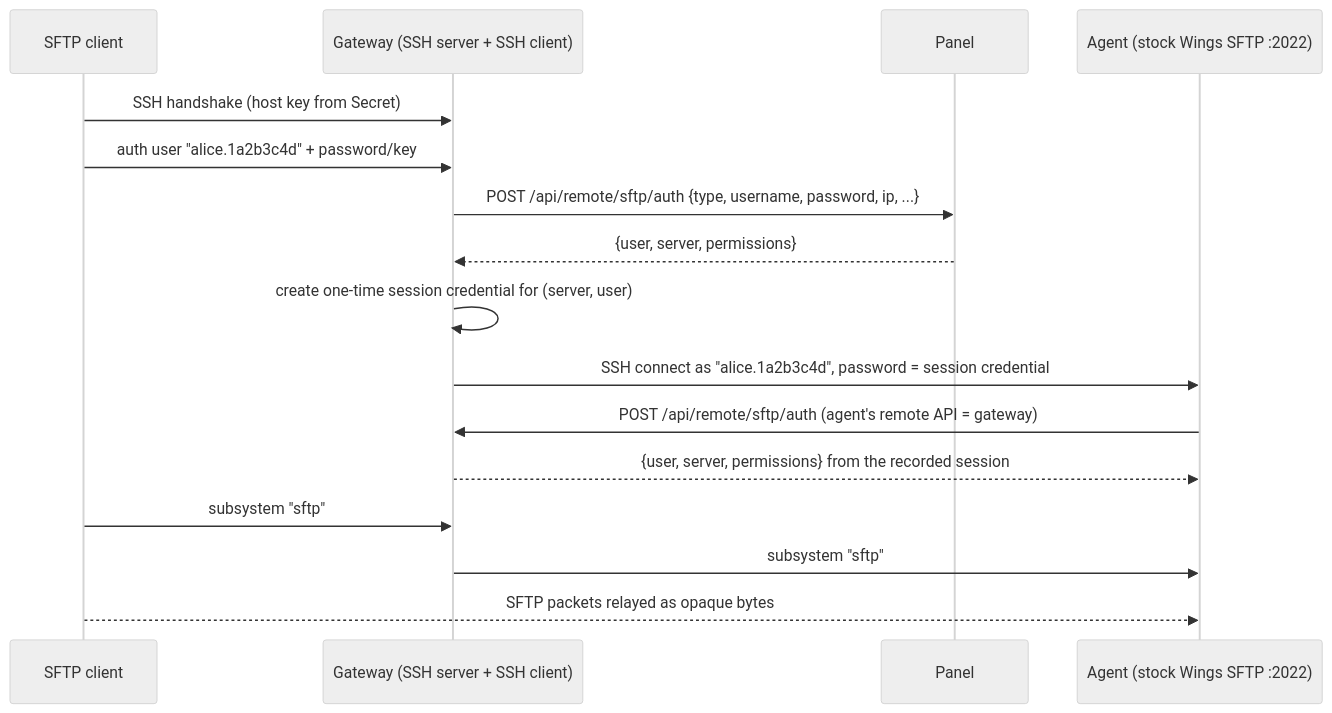
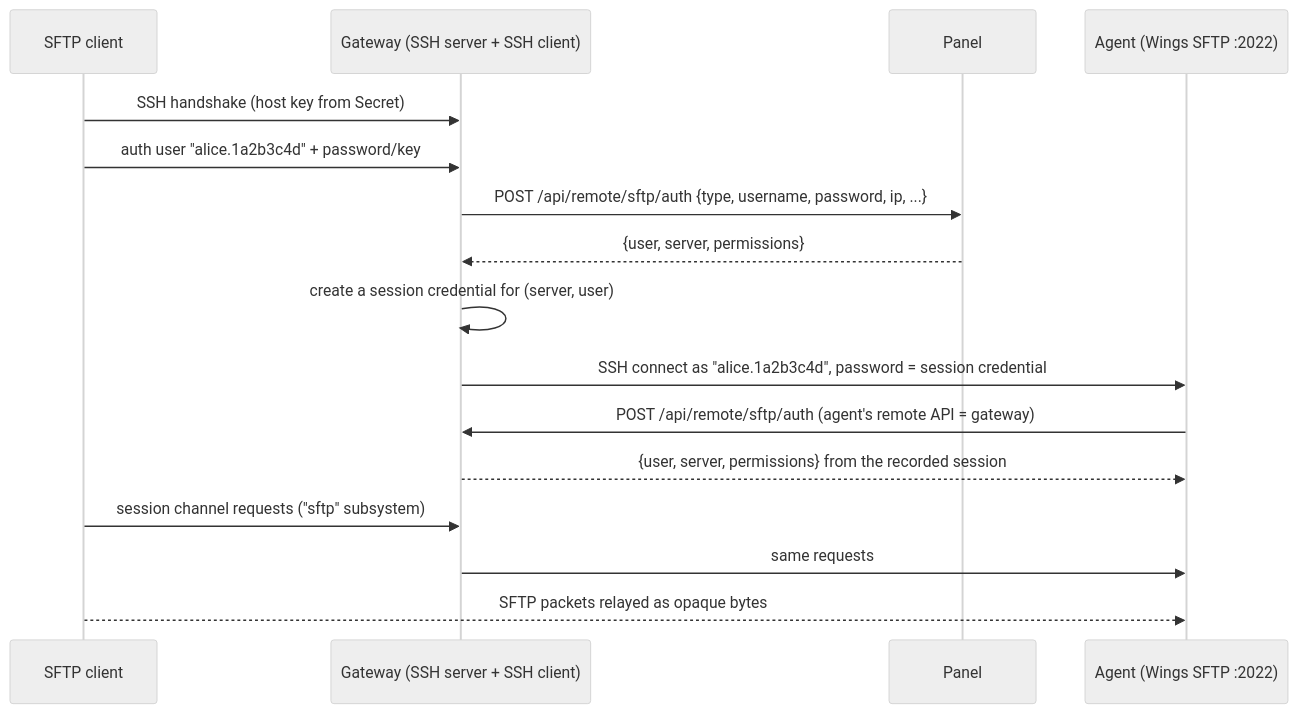
The second of 5 diagrams in ARCHITECTURE.md (Claiyc/pelican-k8s), drawn with Mermaid (neutral theme) before and after one commit. The commit also changed other lines of this file and 3 other files, not shown here.

First line of the commit message:
Rewrite ARCHITECTURE.md to describe the current system

````diff
--- a/ARCHITECTURE.md
+++ b/ARCHITECTURE.md
@@ -281,18 +266,18 @@
 ```mermaid
 sequenceDiagram
   participant C as SFTP client
   participant G as Gateway (SSH server + SSH client)
   participant P as Panel
-  participant A as Agent (stock Wings SFTP :2022)
+  participant A as Agent (Wings SFTP :2022)
   C->>G: SSH handshake (host key from Secret)
   C->>G: auth user "alice.1a2b3c4d" + password/key
   G->>P: POST /api/remote/sftp/auth {type, username, password, ip, ...}
   P-->>G: {user, server, permissions}
-  G->>G: create one-time session credential for (server, user)
+  G->>G: create a session credential for (server, user)
   G->>A: SSH connect as "alice.1a2b3c4d", password = session credential
   A->>G: POST /api/remote/sftp/auth (agent's remote API = gateway)
   G-->>A: {user, server, permissions} from the recorded session
-  C->>G: subsystem "sftp"
-  G->>A: subsystem "sftp"
+  C->>G: session channel requests ("sftp" subsystem)
+  G->>A: same requests
   C-->>A: SFTP packets relayed as opaque bytes
 ```
````
